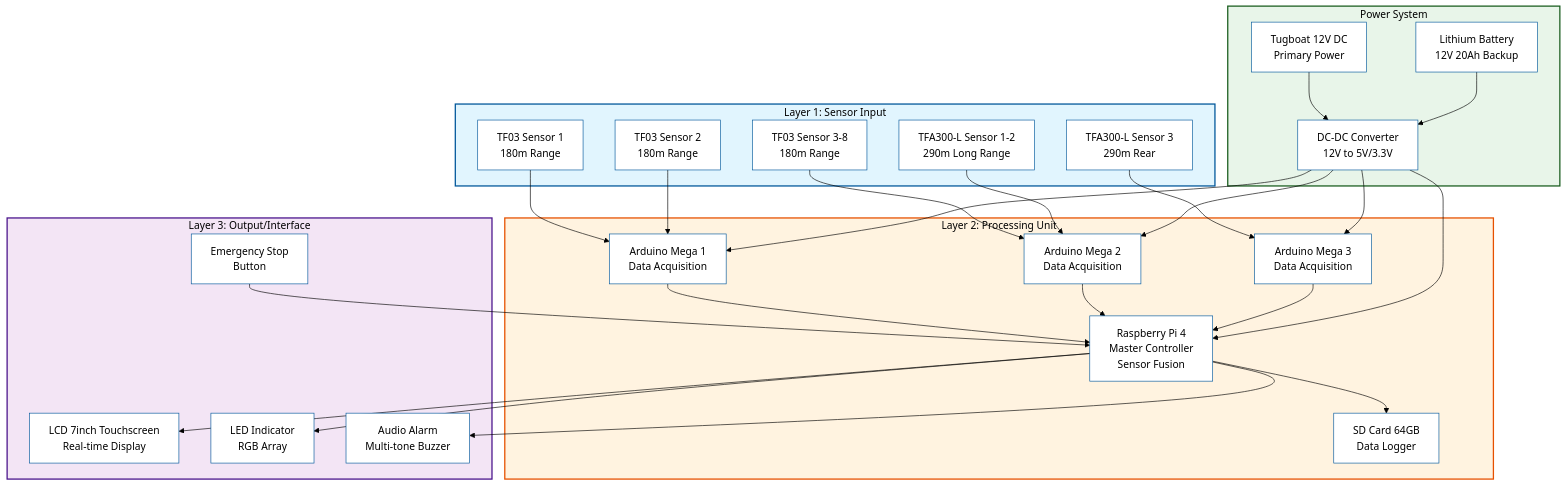
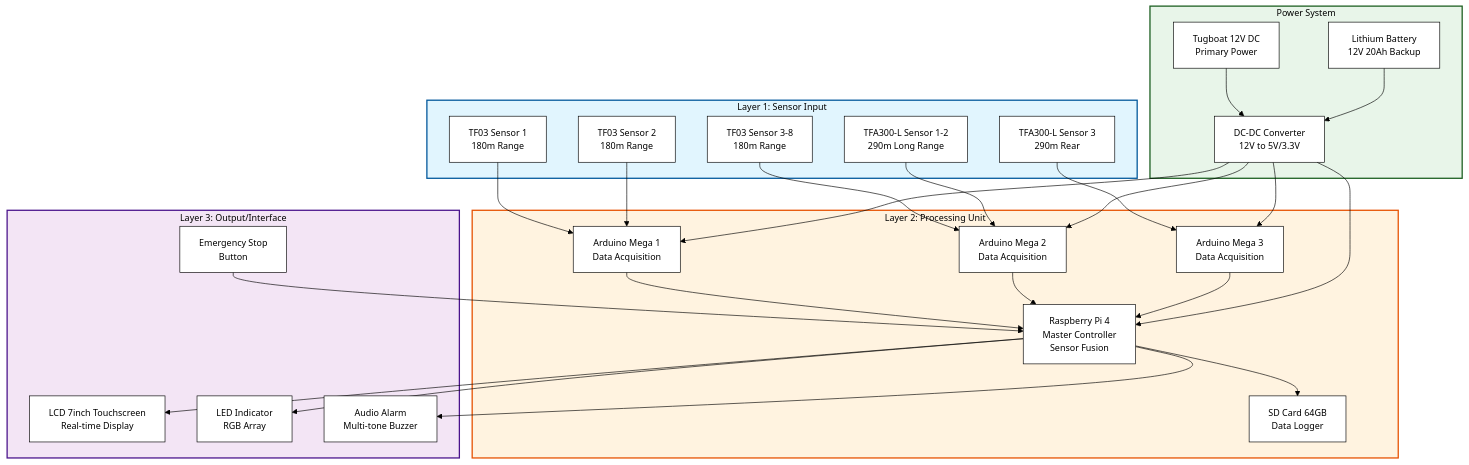
One commit to antonprafanto/buros2025 changed the first of 5 diagrams in 01_PROPOSAL_UTAMA_BESTARI_SAINTEK.md. Above: the diagram before and after it, drawn with Mermaid. The commit also changed other lines of this file, not shown here.

First line of the commit message:
Enhance Mermaid diagram theme with comprehensive white background

````diff
--- a/01_PROPOSAL_UTAMA_BESTARI_SAINTEK.md
+++ b/01_PROPOSAL_UTAMA_BESTARI_SAINTEK.md
@@ -136,78 +136,78 @@
 ```mermaid
-%%{init: {'theme':'base', 'themeVariables': { 'primaryColor':'#e1f5fe','primaryTextColor':'#000','primaryBorderColor':'#01579b','lineColor':'#000','secondaryColor':'#fff3e0','tertiaryColor':'#f3e5f5','background':'#ffffff','mainBkg':'#ffffff','secondBkg':'#f5f5f5','clusterBkg':'#e1f5fe','clusterBorder':'#01579b','edgeLabelBackground':'#ffffff'}}}%%
+%%{init: {'theme':'base', 'themeVariables': { 'primaryColor':'#e1f5fe','primaryTextColor':'#000','primaryBorderColor':'#01579b','lineColor':'#000','secondaryColor':'#fff3e0','tertiaryColor':'#f3e5f5','background':'#ffffff','mainBkg':'#ffffff','secondBkg':'#ffffff','clusterBkg':'#e1f5fe','clusterBorder':'#01579b','edgeLabelBackground':'#ffffff','fontFamily':'arial','fontSize':'14px','textColor':'#000','nodeBorder':'#000','nodeTextColor':'#000','arrowheadColor':'#000'}}}%%
 graph TB
     subgraph Layer1["Layer 1: Sensor Input"]
         TF03_1["TF03 Sensor 1
         180m Range"]
         TF03_2["TF03 Sensor 2
         180m Range"]
         TF03_3["TF03 Sensor 3-8
         180m Range"]
         TFA_1["TFA300-L Sensor 1-2
         290m Long Range"]
         TFA_2["TFA300-L Sensor 3
         290m Rear"]
     end
 
     subgraph Layer2["Layer 2: Processing Unit"]
         ARD1["Arduino Mega 1
         Data Acquisition"]
         ARD2["Arduino Mega 2
         Data Acquisition"]
         ARD3["Arduino Mega 3
         Data Acquisition"]
         RPI["Raspberry Pi 4
         Master Controller
         Sensor Fusion"]
         SD["SD Card 64GB
         Data Logger"]
     end
 
     subgraph Layer3["Layer 3: Output/Interface"]
         LCD["LCD 7inch Touchscreen
         Real-time Display"]
         LED["LED Indicator
         RGB Array"]
         ALARM["Audio Alarm
         Multi-tone Buzzer"]
         ESTOP["Emergency Stop
         Button"]
     end
 
     subgraph Power["Power System"]
         BOAT["Tugboat 12V DC
         Primary Power"]
         BATT["Lithium Battery
         12V 20Ah Backup"]
         CONV["DC-DC Converter
         12V to 5V/3.3V"]
     end
 
     TF03_1 --> ARD1
     TF03_2 --> ARD1
     TF03_3 --> ARD2
     TFA_1 --> ARD2
     TFA_2 --> ARD3
 
     ARD1 --> RPI
     ARD2 --> RPI
     ARD3 --> RPI
 
     RPI --> SD
     RPI --> LCD
     RPI --> LED
     RPI --> ALARM
     ESTOP --> RPI
 
     BOAT --> CONV
     BATT --> CONV
     CONV --> ARD1
     CONV --> ARD2
     CONV --> ARD3
     CONV --> RPI
 
     style Layer1 fill:#e1f5fe,stroke:#01579b,stroke-width:2px,color:#000
     style Layer2 fill:#fff3e0,stroke:#e65100,stroke-width:2px,color:#000
     style Layer3 fill:#f3e5f5,stroke:#4a148c,stroke-width:2px,color:#000
     style Power fill:#e8f5e9,stroke:#1b5e20,stroke-width:2px,color:#000
 ```
````
